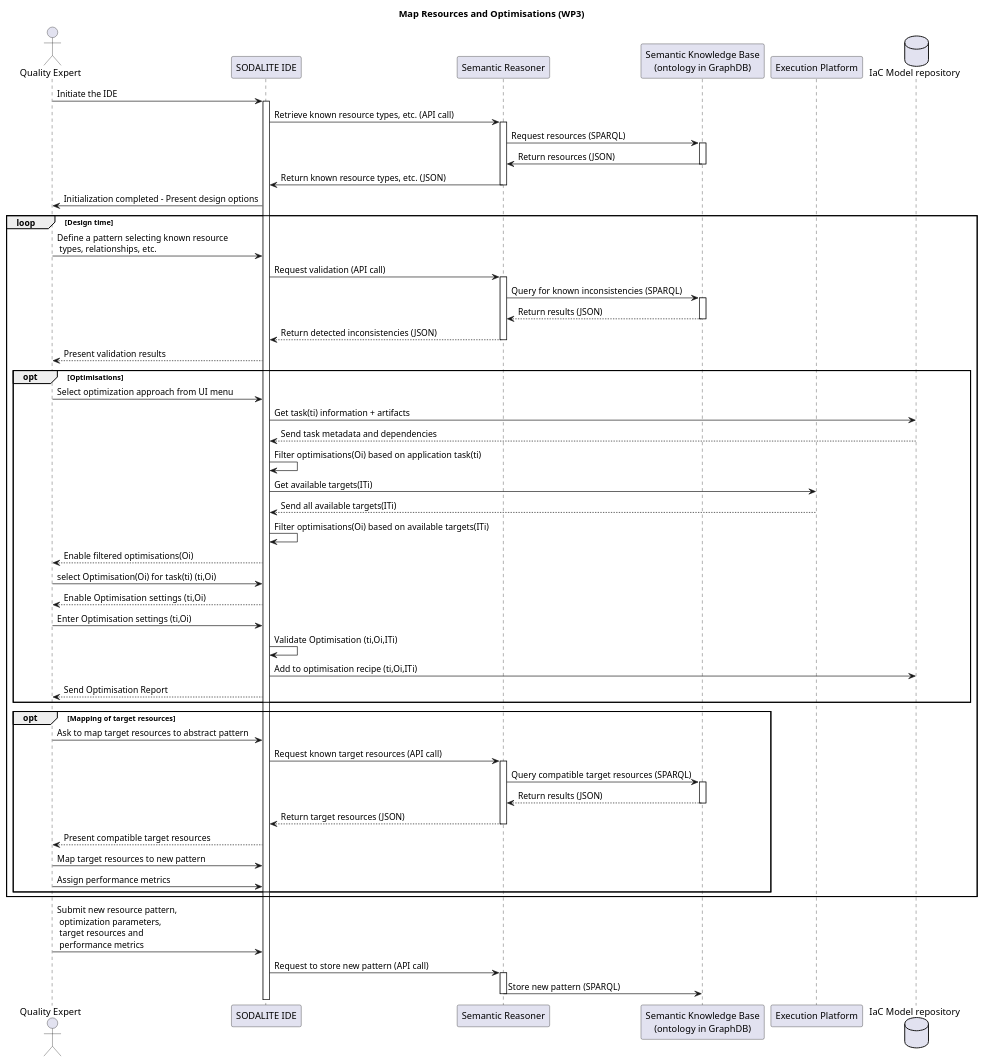
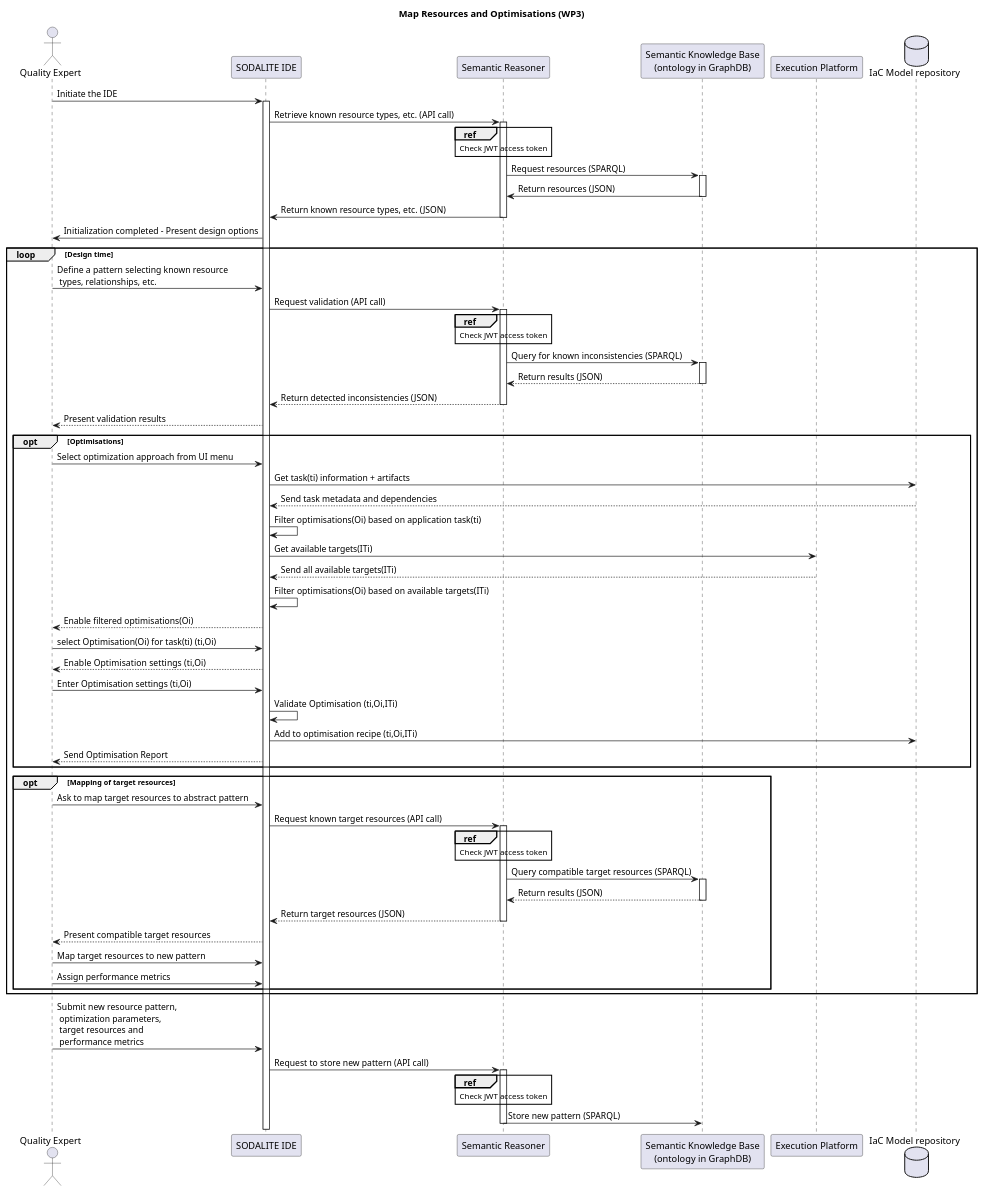
The diagram in uml/sequence-diagrams/UC-12-MapResourcesandOptimisations-WP3.puml (SODALITE-EU/project-wide-documentation), drawn with PlantUML before and after one commit. The commit also changed 8 other files, not shown here.

```diff
--- a/uml/sequence-diagrams/UC-12-MapResourcesandOptimisations-WP3.puml
+++ b/uml/sequence-diagrams/UC-12-MapResourcesandOptimisations-WP3.puml
@@ -1,75 +1,79 @@
 @startuml
 
 title Map Resources and Optimisations (WP3)
 
 actor "Quality Expert" as qe
 participant "SODALITE IDE" as ide
 participant "Semantic Reasoner" as reasoner
 participant "Semantic Knowledge Base\n(ontology in GraphDB)" as ontology
 participant "Execution Platform" as res
 database "IaC Model repository" as iac
 
 qe->ide: Initiate the IDE
 activate ide
 ide->reasoner: Retrieve known resource types, etc. (API call)
 activate reasoner
+ref over reasoner: Check JWT access token
 reasoner->ontology: Request resources (SPARQL)
 activate ontology
 ontology->reasoner: Return resources (JSON)
 deactivate ontology
 reasoner->ide: Return known resource types, etc. (JSON)
 deactivate reasoner
 ide->qe: Initialization completed - Present design options
 
 loop Design time
     qe->ide: Define a pattern selecting known resource\n types, relationships, etc.
     ide->reasoner: Request validation (API call)
     activate reasoner
+    ref over reasoner: Check JWT access token
     reasoner->ontology: Query for known inconsistencies (SPARQL)
     activate ontology
     ontology-->reasoner: Return results (JSON)
     deactivate ontology
     reasoner-->ide: Return detected inconsistencies (JSON)
     deactivate reasoner
     ide-->qe: Present validation results
 
     opt Optimisations
         qe->ide: Select optimization approach from UI menu
         ide->iac: Get task(ti) information + artifacts
         iac-->ide: Send task metadata and dependencies
         ide->ide: Filter optimisations(Oi) based on application task(ti)
         ide->res: Get available targets(ITi)
         res-->ide: Send all available targets(ITi)
         ide->ide: Filter optimisations(Oi) based on available targets(ITi)
         ide-->qe: Enable filtered optimisations(Oi)
         qe->ide: select Optimisation(Oi) for task(ti) (ti,Oi)
         ide --> qe:  Enable Optimisation settings  (ti,Oi)
         qe  -> ide: Enter Optimisation settings (ti,Oi)
         ide -> ide: Validate Optimisation (ti,Oi,ITi)
         ide -> iac: Add to optimisation recipe (ti,Oi,ITi)
         ide --> qe:  Send Optimisation Report
     end
 
     opt Mapping of target resources
         qe->ide: Ask to map target resources to abstract pattern
         ide->reasoner: Request known target resources (API call)
         activate reasoner
+        ref over reasoner: Check JWT access token
         reasoner->ontology: Query compatible target resources (SPARQL)
         activate ontology
         ontology-->reasoner: Return results (JSON)
         deactivate ontology
         reasoner-->ide: Return target resources (JSON)
         deactivate reasoner
         ide-->qe: Present compatible target resources
         qe->ide: Map target resources to new pattern
         qe->ide: Assign performance metrics
     end
 end
 
 qe->ide: Submit new resource pattern,\n optimization parameters,\n target resources and\n performance metrics
 ide->reasoner: Request to store new pattern (API call)
 activate reasoner
+ref over reasoner: Check JWT access token
 reasoner->ontology: Store new pattern (SPARQL)
 deactivate reasoner
 
 @enduml
```
